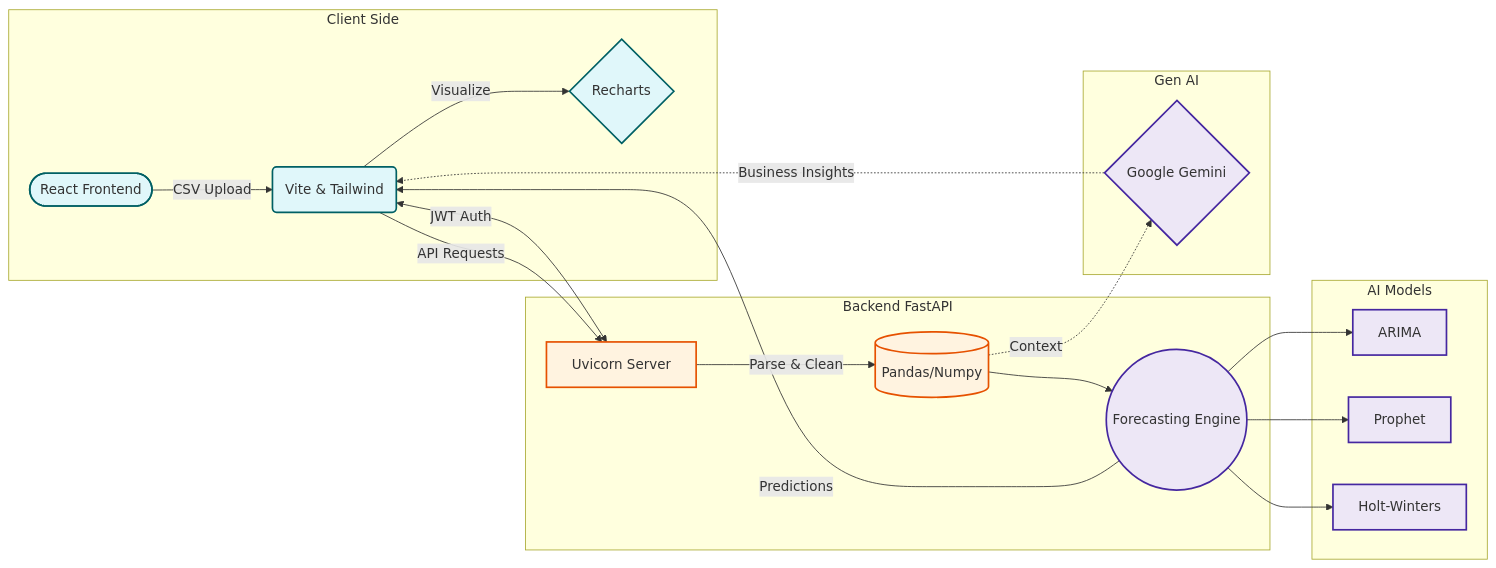
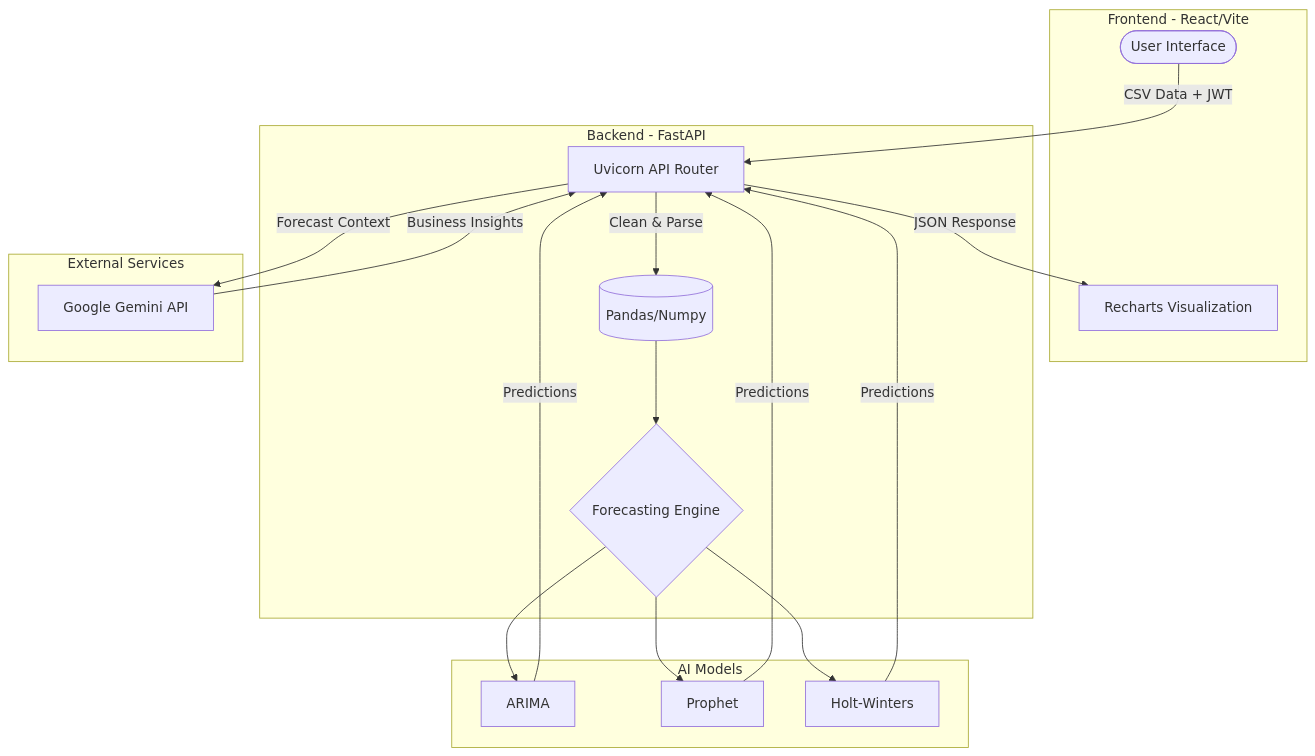
One commit to gms26/Forcasting changed the first of 2 diagrams in README.md. Above: the diagram before and after it, drawn with Mermaid. The commit also changed other lines of this file, not shown here.

Commit message:
Improve architecture diagram visibility and add sequence flow

````diff
--- a/README.md
+++ b/README.md
@@ -20,37 +21,33 @@
 ```mermaid
-flowchart LR
-    subgraph Client [Client Side]
-        A([React Frontend]) -->|CSV Upload| B(Vite & Tailwind)
-        B -->|Visualize| C{Recharts}
+flowchart TD
+    subgraph Client [Frontend - React/Vite]
+        UI([User Interface])
+        Chart[Recharts Visualization]
     end
 
-    subgraph Server [Backend FastAPI]
-        D[Uvicorn Server] -->|Parse & Clean| E[(Pandas/Numpy)]
-        E --> F((Forecasting Engine))
+    subgraph Server [Backend - FastAPI]
+        API[Uvicorn API Router]
+        Data[(Pandas/Numpy)]
+        Engine{Forecasting Engine}
     end
 
-    subgraph Engine [AI Models]
-        F --> G[ARIMA]
-        F --> H[Prophet]
-        F --> I[Holt-Winters]
+    subgraph Models [AI Models]
+        ARIMA[ARIMA]
+        Prophet[Prophet]
+        HW[Holt-Winters]
     end
 
-    subgraph Insights [Gen AI]
-        J{Google Gemini}
+    subgraph GenAI [External Services]
+        Gemini[Google Gemini API]
     end
 
-    %% Connections
-    B <-->|JWT Auth| D
-    B -->|API Requests| D
-    F -->|Predictions| B
-    E -.->|Context| J
-    J -.->|Business Insights| B
-
-    classDef client fill:#e0f7fa,stroke:#006064,stroke-width:2px;
-    classDef server fill:#fff3e0,stroke:#e65100,stroke-width:2px;
-    classDef ai fill:#ede7f6,stroke:#4527a0,stroke-width:2px;
-
-    class A,B,C client;
-    class D,E server;
-    class F,G,H,I,J ai;
+    %% Flow
+    UI -->|CSV Data + JWT| API
+    API -->|Clean & Parse| Data
+    Data --> Engine
+    Engine --> ARIMA & Prophet & HW
+    ARIMA & Prophet & HW -->|Predictions| API
+    API -->|Forecast Context| Gemini
+    Gemini -->|Business Insights| API
+    API -->|JSON Response| Chart
 ```
````
